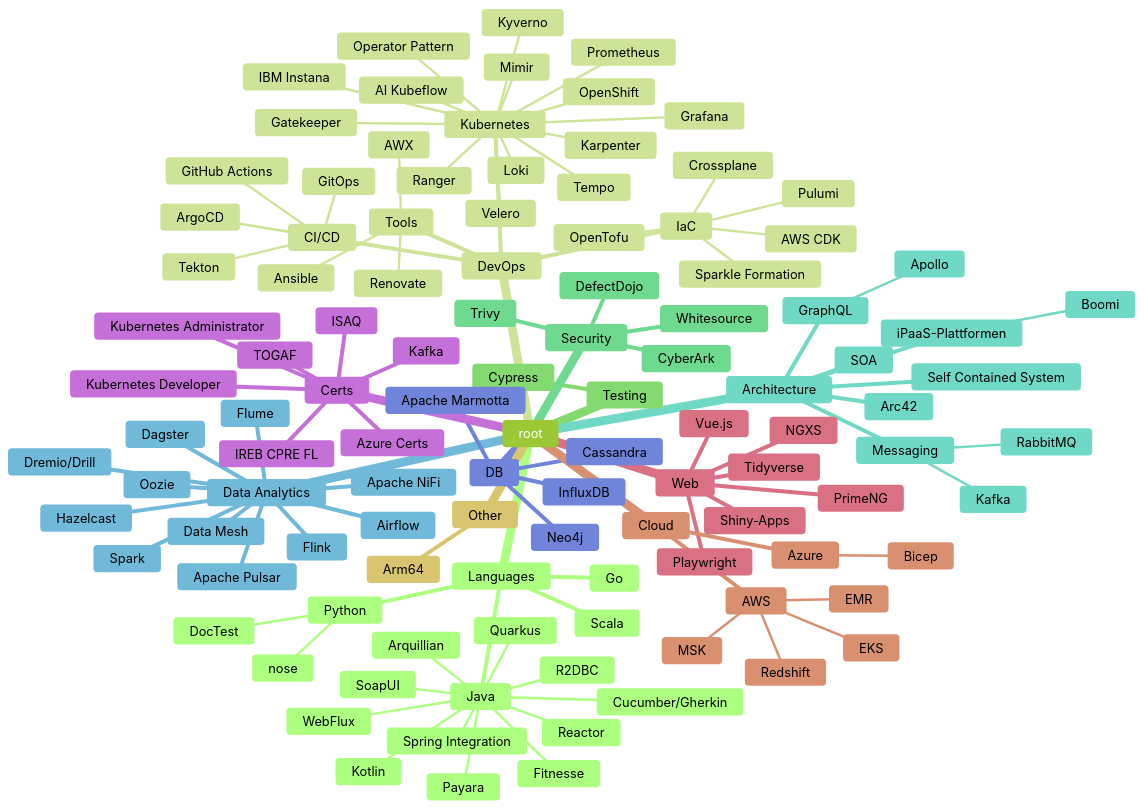
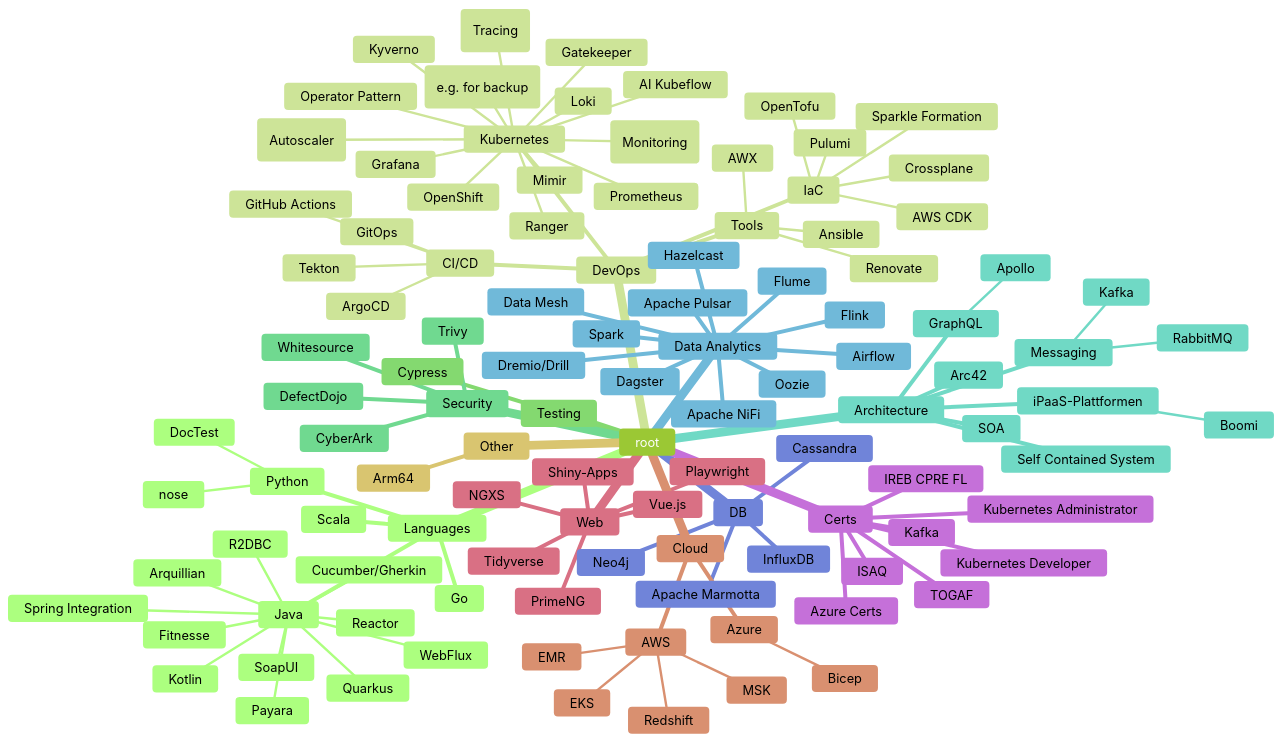
One commit to thinkaboutcode/knowledge-base changed the diagram in trends_cheatsheet.md. Above: the diagram before and after it, drawn with Mermaid (forest theme).

Commit message:
added skeleton for java reactive

```diff
--- a/trends_cheatsheet.md
+++ b/trends_cheatsheet.md
@@ -26,17 +26,17 @@
         Kyverno
         Gatekeeper
         AI Kubeflow
+        Prometheus
+        Mimir
+        Grafana
         Loki
-        Prometheus
-        Grafana
-        Mimir
+        Tempo (Tracing)
         OpenShift
-        Ranger        
-        IBM Instana
+        Ranger
+        IBM Instana (Monitoring)
         Operator Pattern
-        Karpenter
-        Velero
-        Tempo
+        Karpenter (Autoscaler)
+        Velero (e.g. for backup)
       CI/CD
         Tekton
         GitOps
```
